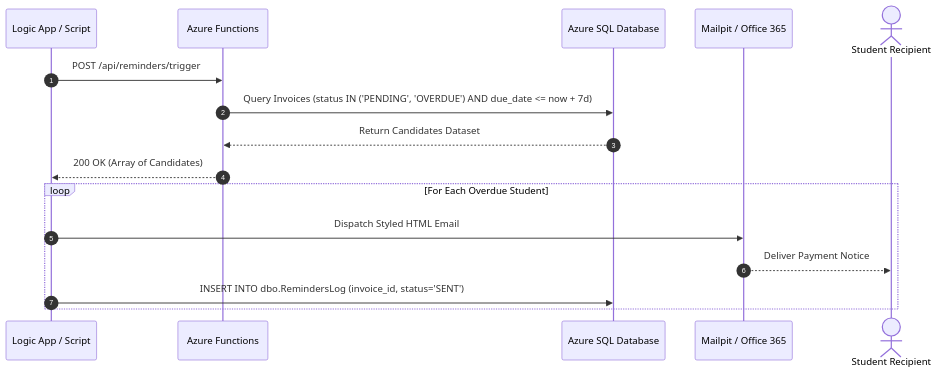
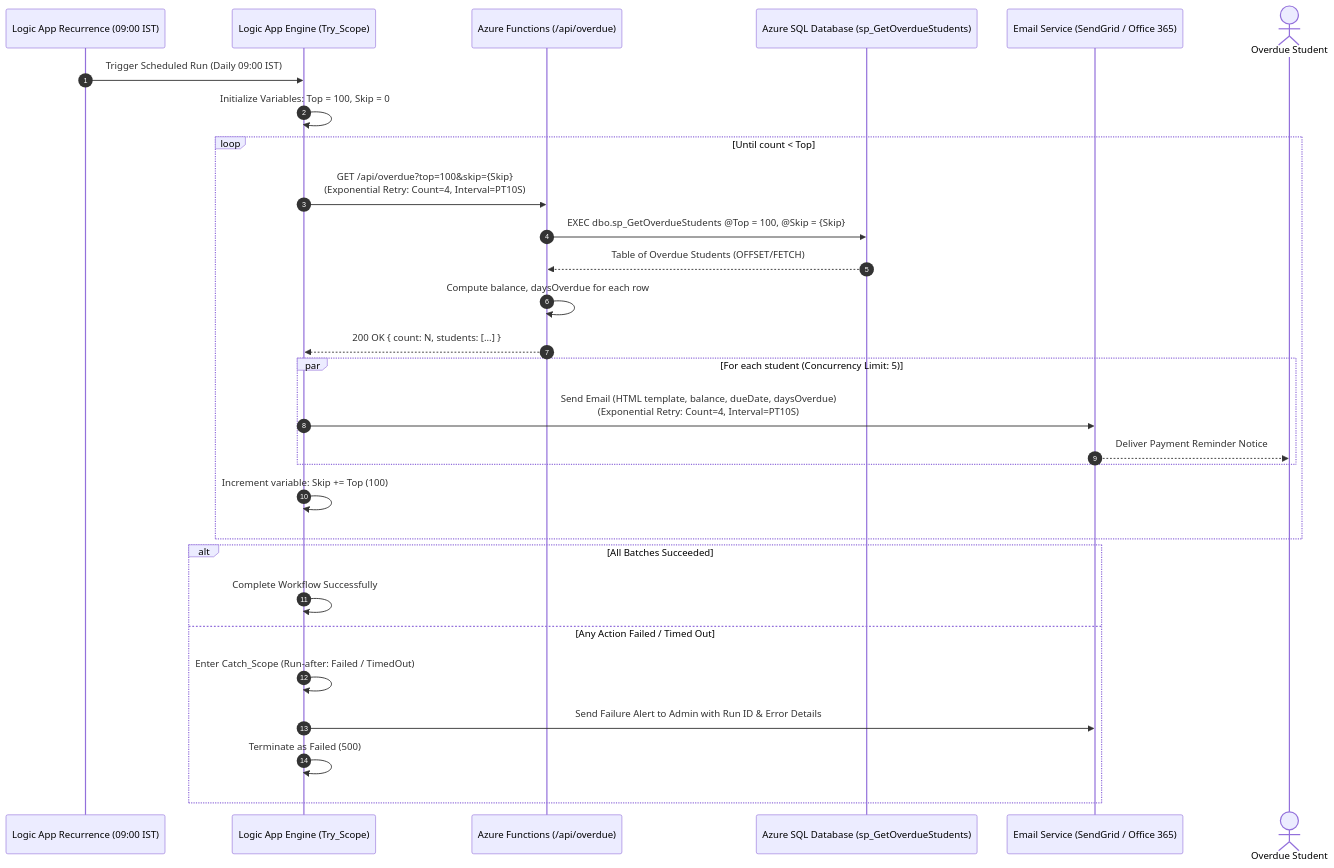
Before and after one commit to Vedanti1703/azure-fee-management: the fourth of 5 diagrams in docs/architecture.md, drawn with Mermaid. The commit also changed other lines of this file and 25 other files, not shown here.

Commit message:
Complete backend APIs and verify overdue student functionality

````diff
--- a/docs/architecture.md
+++ b/docs/architecture.md
@@ -124,19 +171,36 @@
 ```mermaid
 sequenceDiagram
     autonumber
-    participant Cron as Logic App / Script
-    participant Func as Azure Functions
-    participant DB as Azure SQL Database
-    participant SMTP as Mailpit / Office 365
-    actor Student as Student Recipient
+    participant Timer as Logic App Recurrence (09:00 IST)
+    participant LA as Logic App Engine (Try_Scope)
+    participant Func as Azure Functions (/api/overdue)
+    participant DB as Azure SQL Database (sp_GetOverdueStudents)
+    participant Mail as Email Service (SendGrid / Office 365)
+    actor Student as Overdue Student
 
-    Cron->>Func: POST /api/reminders/trigger
-    Func->>DB: Query Invoices (status IN ('PENDING', 'OVERDUE') AND due_date <= now + 7d)
-    DB-->>Func: Return Candidates Dataset
-    Func-->>Cron: 200 OK (Array of Candidates)
-    loop For Each Overdue Student
-        Cron->>SMTP: Dispatch Styled HTML Email
-        SMTP-->>Student: Deliver Payment Notice
-        Cron->>DB: INSERT INTO dbo.RemindersLog (invoice_id, status='SENT')
+    Timer->>LA: Trigger Scheduled Run (Daily 09:00 IST)
+    LA->>LA: Initialize Variables: Top = 100, Skip = 0
+    
+    loop Until count < Top
+        LA->>Func: GET /api/overdue?top=100&skip={Skip}<br/>(Exponential Retry: Count=4, Interval=PT10S)
+        Func->>DB: EXEC dbo.sp_GetOverdueStudents @Top = 100, @Skip = {Skip}
+        DB-->>Func: Table of Overdue Students (OFFSET/FETCH)
+        Func->>Func: Compute balance, daysOverdue for each row
+        Func-->>LA: 200 OK { count: N, students: [...] }
+        
+        par For each student (Concurrency Limit: 5)
+            LA->>Mail: Send Email (HTML template, balance, dueDate, daysOverdue)<br/>(Exponential Retry: Count=4, Interval=PT10S)
+            Mail-->>Student: Deliver Payment Reminder Notice
+        end
+        
+        LA->>LA: Increment variable: Skip += Top (100)
+    end
+    
+    alt All Batches Succeeded
+        LA->>LA: Complete Workflow Successfully
+    else Any Action Failed / Timed Out
+        LA->>LA: Enter Catch_Scope (Run-after: Failed / TimedOut)
+        LA->>Mail: Send Failure Alert to Admin with Run ID & Error Details
+        LA->>LA: Terminate as Failed (500)
     end
 ```
````
